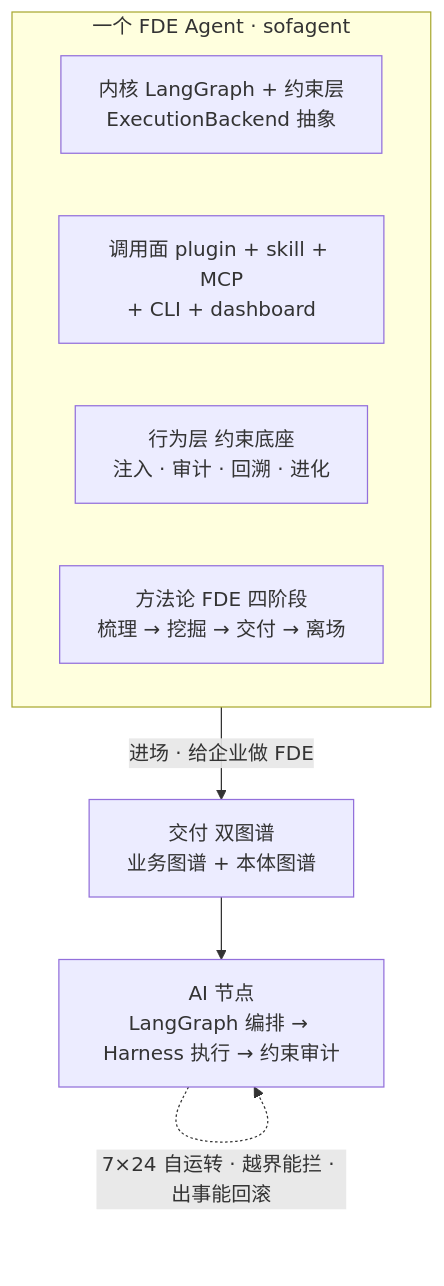
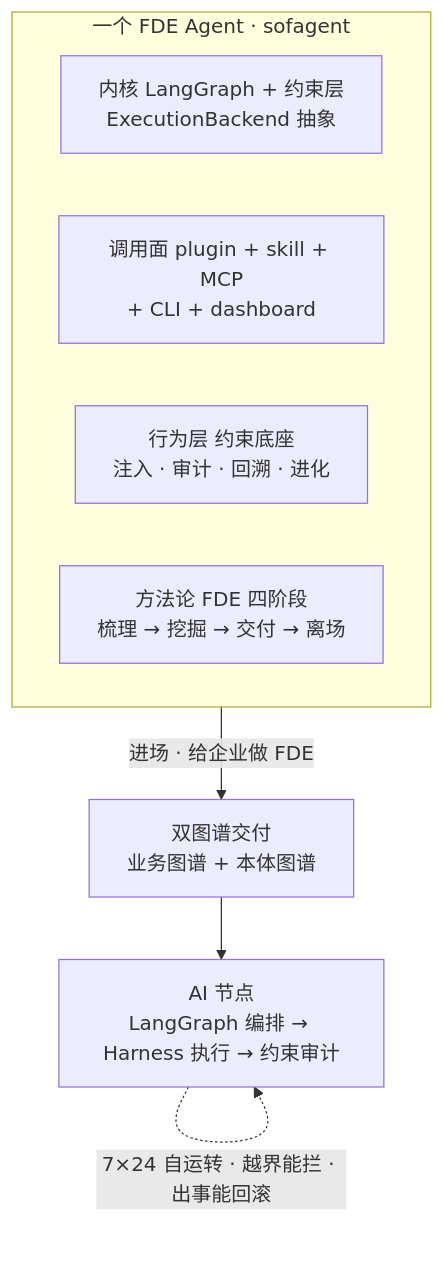
One commit to KongFangXun/sofagent changed the first of 2 diagrams in README.md. Above: the diagram before and after it, drawn with Mermaid. The commit also changed other lines of this file and 2 other files, not shown here.

````diff
--- a/README.md
+++ b/README.md
@@ -27,12 +27,12 @@
 ```mermaid
 graph TB
     subgraph S["一个 FDE Agent · sofagent"]
         K["内核 LangGraph + 约束层<br/>ExecutionBackend 抽象"]
         I["调用面 plugin + skill + MCP<br/>+ CLI + dashboard"]
         B["行为层 约束底座<br/>注入 · 审计 · 回溯 · 进化"]
         M["方法论 FDE 四阶段<br/>梳理 → 挖掘 → 交付 → 离场"]
     end
-    S -->|"进场 · 给企业做 FDE"| D["交付 双图谱<br/>业务图谱 + 本体图谱"]
+    S -->|"进场 · 给企业做 FDE"| D["双图谱交付<br/>业务图谱 + 本体图谱"]
     D --> N["AI 节点<br/>LangGraph 编排 → Harness 执行 → 约束审计"]
     N -.->|"7×24 自运转 · 越界能拦 · 出事能回滚"| N
 ```
````
